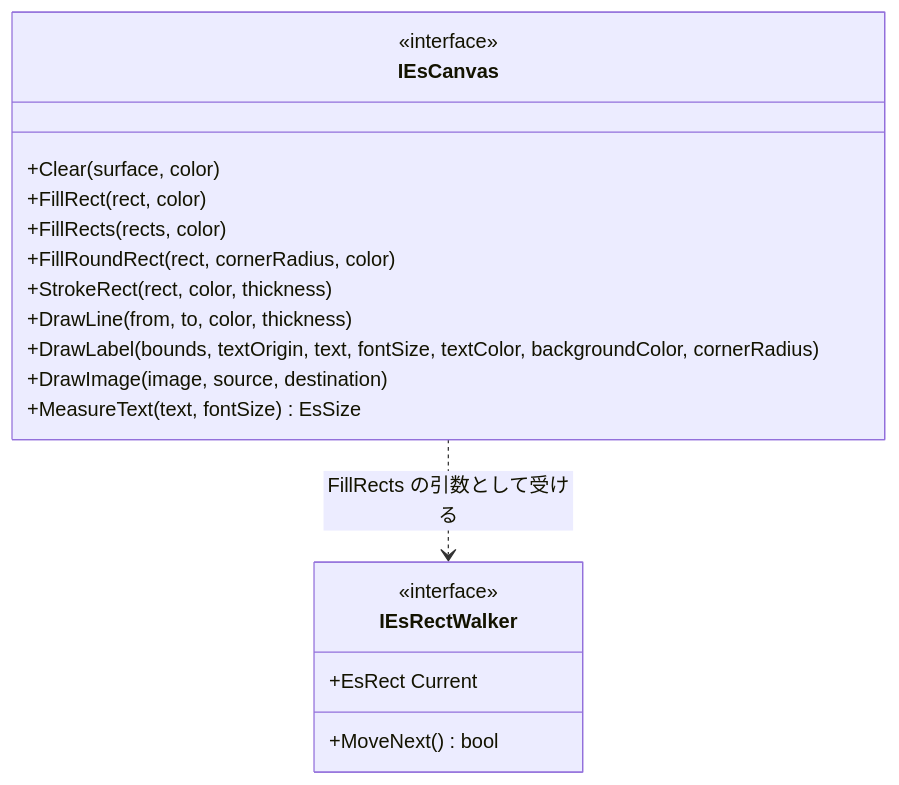
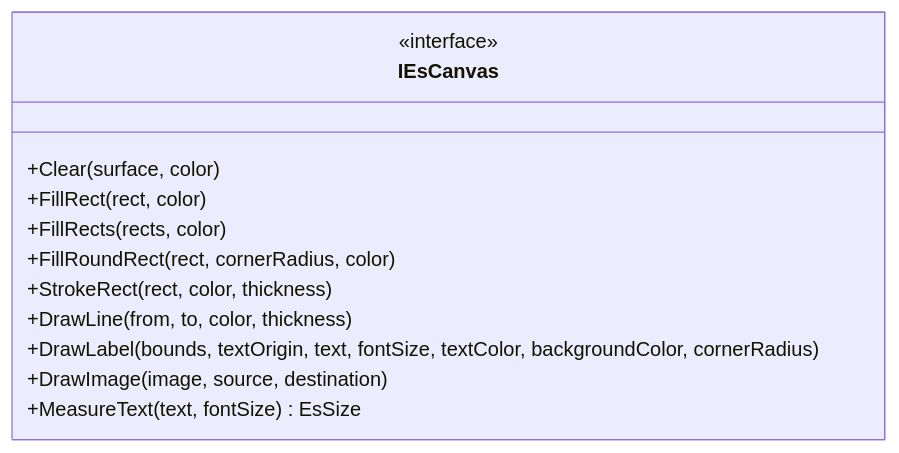
The second of 3 diagrams in src/Common/SPEC_System.md (tomokuni/SaveEvidence), drawn with Mermaid before and after one commit. The commit also changed other lines of this file and 21 other files, not shown here.

````diff
--- a/src/Common/SPEC_System.md
+++ b/src/Common/SPEC_System.md
@@ -55,22 +53,15 @@
 ```mermaid
 classDiagram
   class IEsCanvas {
     <<interface>>
     +Clear(surface, color)
     +FillRect(rect, color)
     +FillRects(rects, color)
     +FillRoundRect(rect, cornerRadius, color)
     +StrokeRect(rect, color, thickness)
     +DrawLine(from, to, color, thickness)
     +DrawLabel(bounds, textOrigin, text, fontSize, textColor, backgroundColor, cornerRadius)
     +DrawImage(image, source, destination)
     +MeasureText(text, fontSize) EsSize
   }
-  class IEsRectWalker {
-    <<interface>>
-    +MoveNext() bool
-    +EsRect Current
-  }
-
-  IEsCanvas ..> IEsRectWalker : FillRects の引数として受ける
 ```
````
